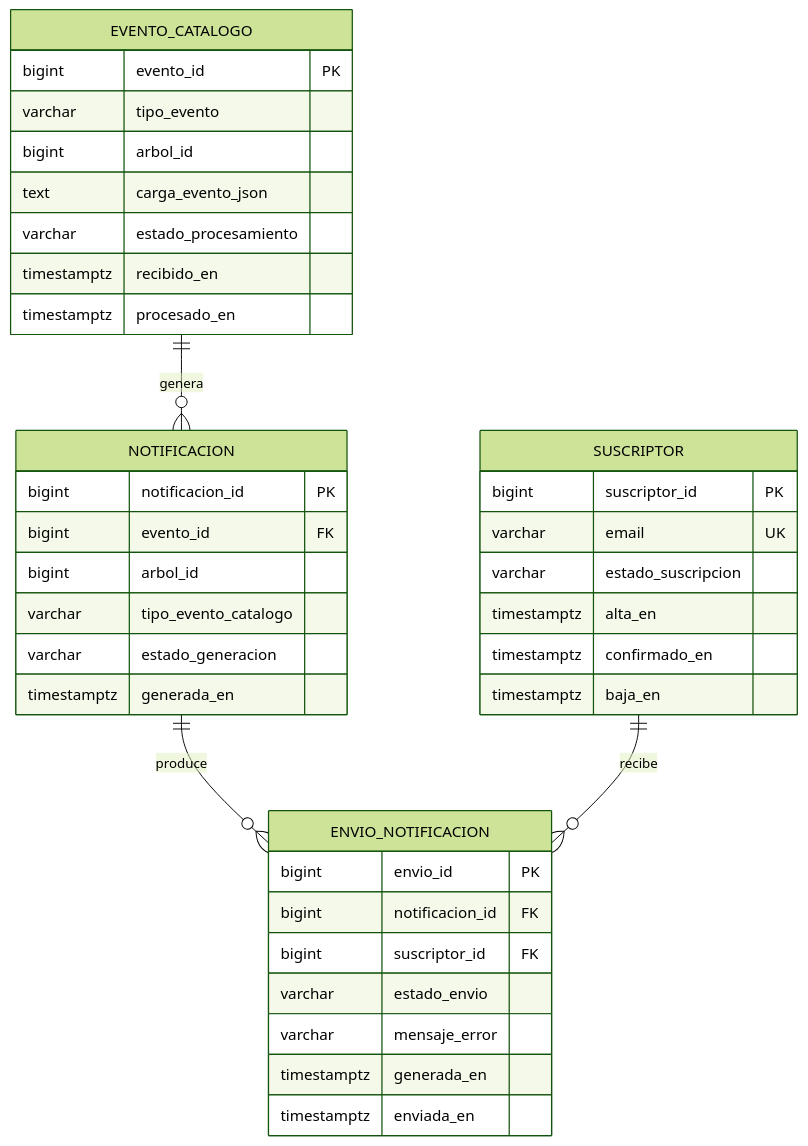
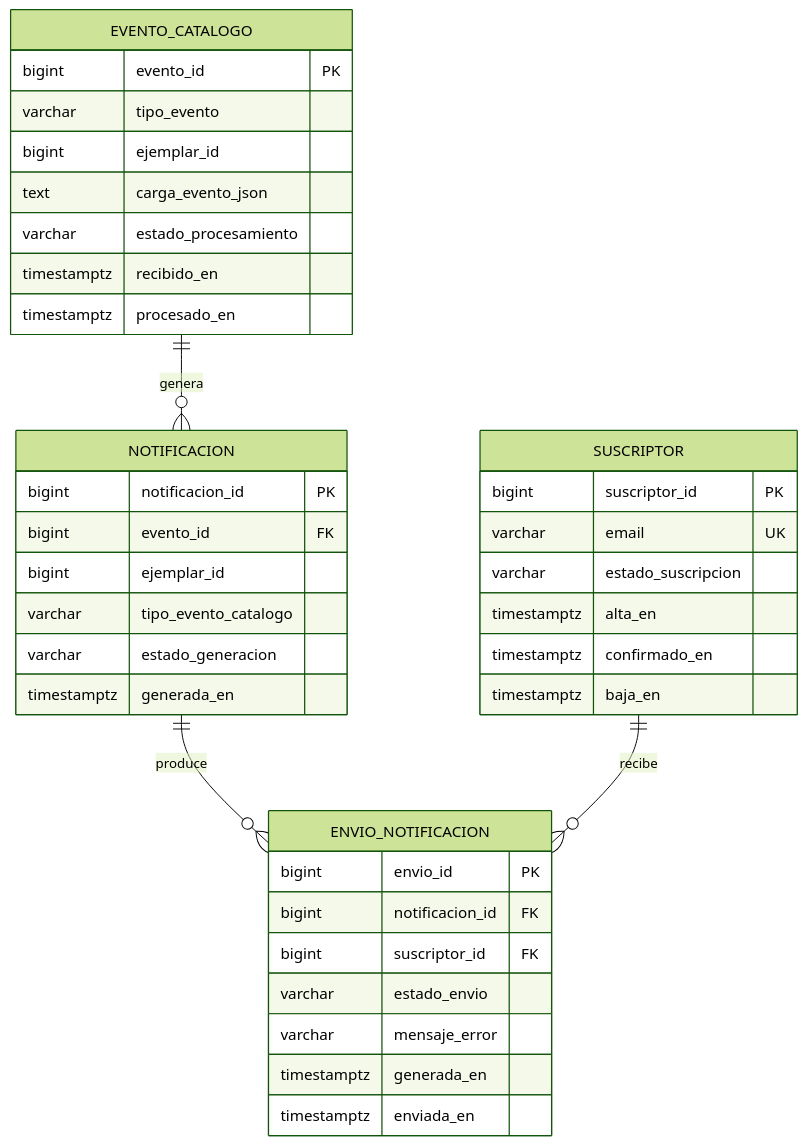
One commit to LIDR-academy/AI4Devs-finalproject changed diagram 18 of 19 in readme.md. Above: the diagram before and after it, drawn with Mermaid (forest theme). The commit also changed other lines of this file and 345 other files, not shown here.

````diff
--- a/readme.md
+++ b/readme.md
@@ -1200,41 +1197,41 @@
 ```mermaid
 erDiagram
     %% UK email normalizado uq_suscriptor_email_normalizado lower(trim(email))
     SUSCRIPTOR {
         bigint suscriptor_id PK
         varchar email UK
         varchar estado_suscripcion
         timestamptz alta_en
         timestamptz confirmado_en
         timestamptz baja_en
     }
     EVENTO_CATALOGO {
         bigint evento_id PK
         varchar tipo_evento
-        bigint arbol_id
+        bigint ejemplar_id
         text carga_evento_json
         varchar estado_procesamiento
         timestamptz recibido_en
         timestamptz procesado_en
     }
     NOTIFICACION {
         bigint notificacion_id PK
         bigint evento_id FK
-        bigint arbol_id
+        bigint ejemplar_id
         varchar tipo_evento_catalogo
         varchar estado_generacion
         timestamptz generada_en
     }
     ENVIO_NOTIFICACION {
         bigint envio_id PK
         bigint notificacion_id FK
         bigint suscriptor_id FK
         varchar estado_envio
         varchar mensaje_error
         timestamptz generada_en
         timestamptz enviada_en
     }
     EVENTO_CATALOGO ||--o{ NOTIFICACION : genera
     NOTIFICACION ||--o{ ENVIO_NOTIFICACION : produce
     SUSCRIPTOR ||--o{ ENVIO_NOTIFICACION : recibe
 ```
````
